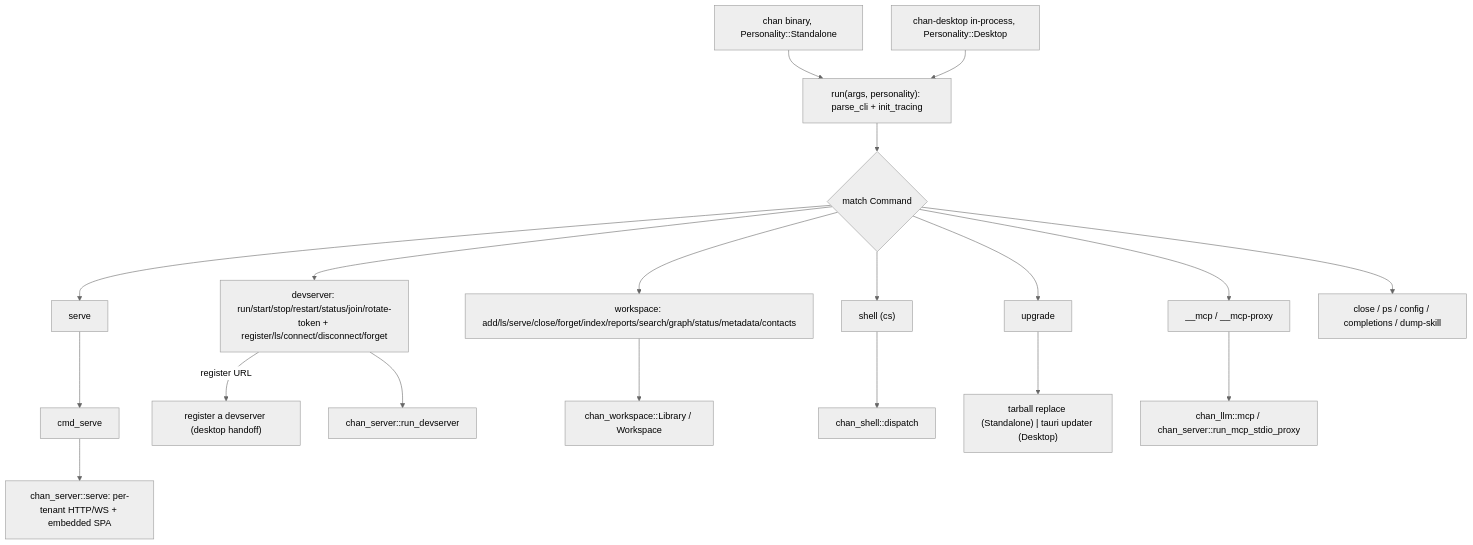
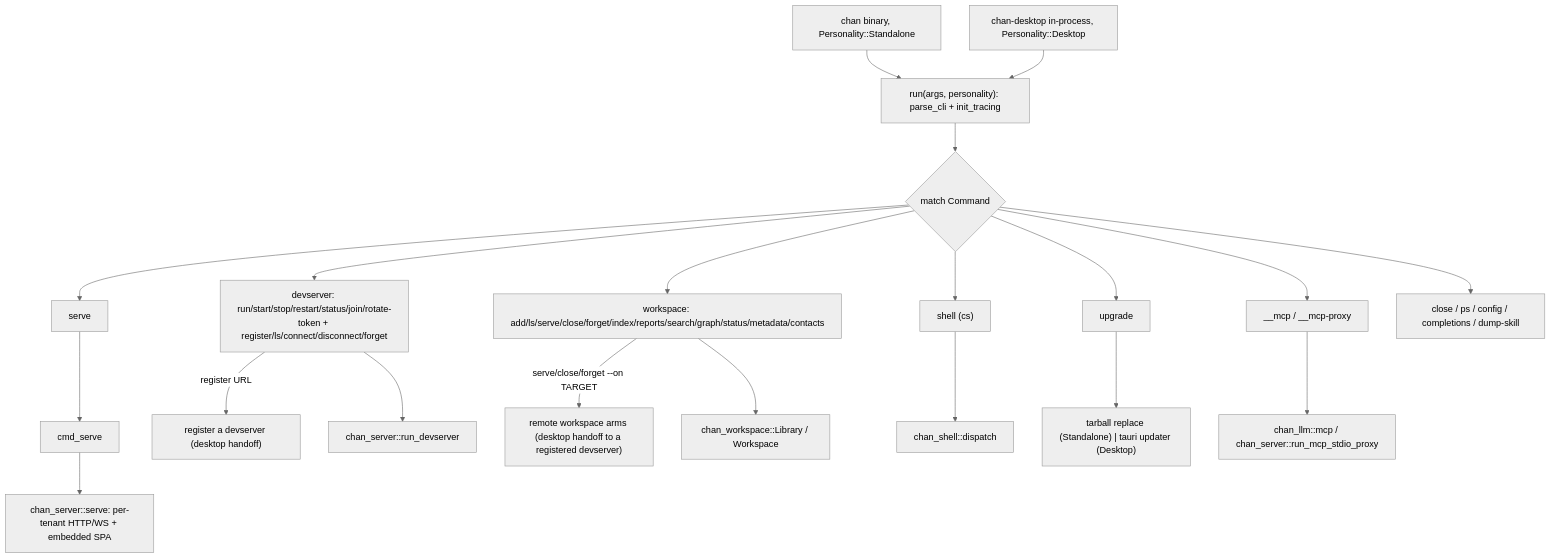
Before and after one commit to fiorix/chan: the first of 2 diagrams in crates/chan/design.md, drawn with Mermaid (neutral theme). The commit also changed other lines of this file and 13 other files, not shown here.

````diff
--- a/crates/chan/design.md
+++ b/crates/chan/design.md
@@ -29,21 +29,22 @@
 ```mermaid
 flowchart TB
   Standalone["chan binary, Personality::Standalone"] --> Run
   Desktop["chan-desktop in-process, Personality::Desktop"] --> Run
   Run["run(args, personality): parse_cli + init_tracing"] --> Dispatch{"match Command"}
   Dispatch --> ServeCmd["serve"]
   Dispatch --> Dev["devserver: run/start/stop/restart/status/join/rotate-token + register/ls/connect/disconnect/forget"]
   Dispatch --> Ws["workspace: add/ls/serve/close/forget/index/reports/search/graph/status/metadata/contacts"]
+  Ws -->|"serve/close/forget --on TARGET"| Remote["remote workspace arms (desktop handoff to a registered devserver)"]
   Dispatch --> Sh["shell (cs)"]
   Dispatch --> Up["upgrade"]
   Dispatch --> Mcp["__mcp / __mcp-proxy"]
   Dispatch --> Other["close / ps / config / completions / dump-skill"]
   ServeCmd --> Serve["cmd_serve"]
   Dev -->|"register URL"| RegDev["register a devserver (desktop handoff)"]
   Serve --> CS["chan_server::serve: per-tenant HTTP/WS + embedded SPA"]
   Dev --> RunDev["chan_server::run_devserver"]
   Ws --> Lib["chan_workspace::Library / Workspace"]
   Sh --> ShDisp["chan_shell::dispatch"]
   Up --> UpFork["tarball replace (Standalone) | tauri updater (Desktop)"]
   Mcp --> Llm["chan_llm::mcp / chan_server::run_mcp_stdio_proxy"]
 ```
````
